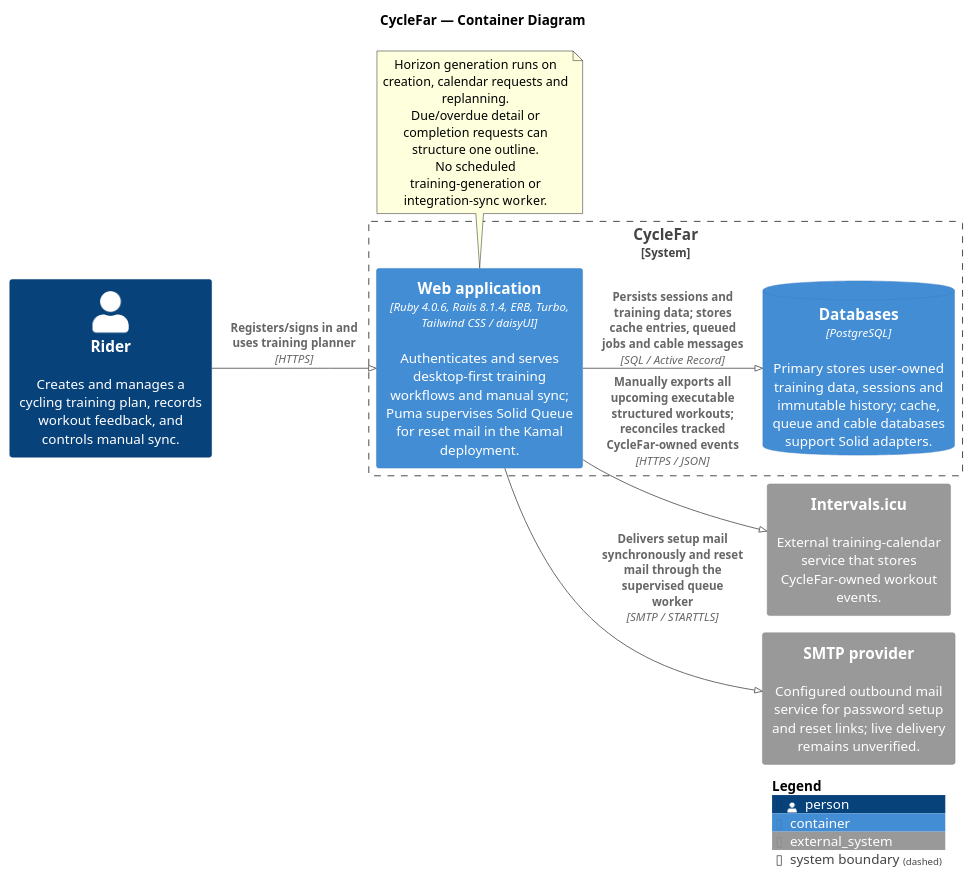
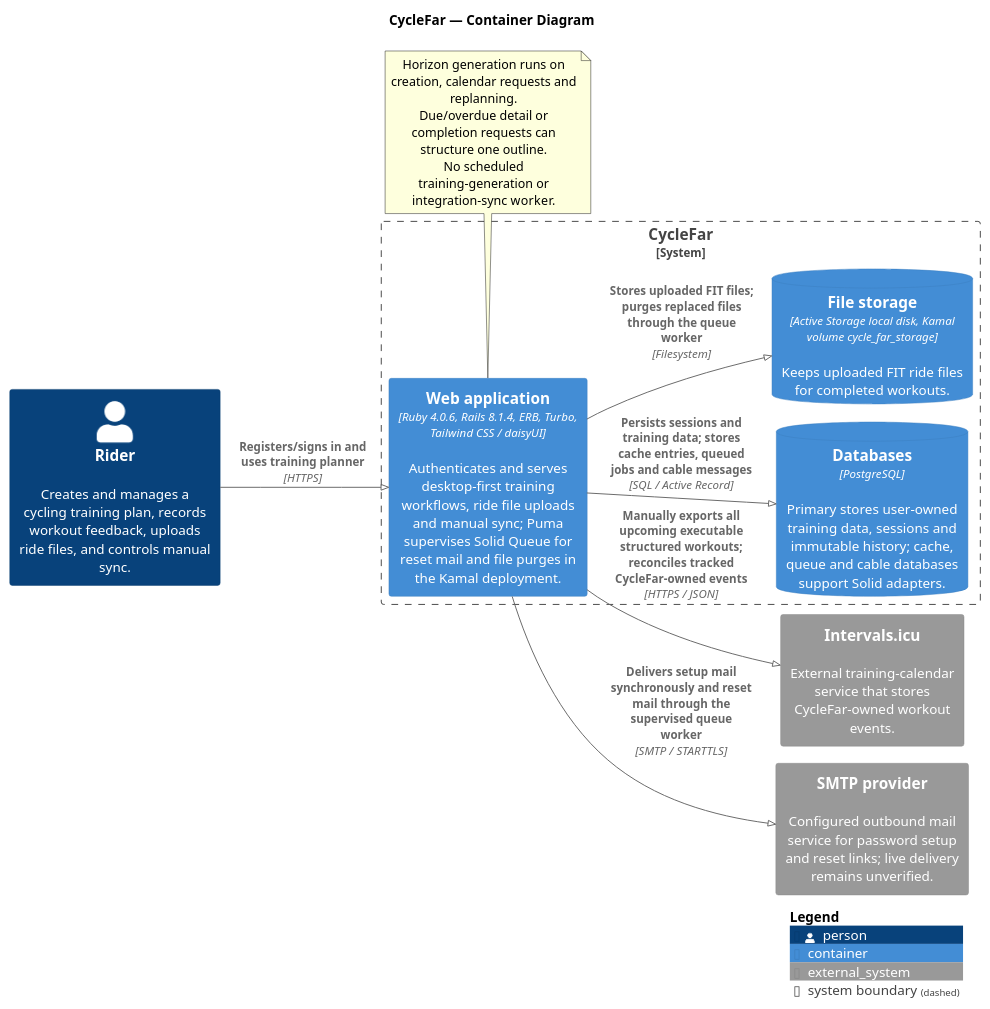
Before and after one commit to richardhartme/cyclefar: the diagram in docs/diagrams/container-cyclefar.puml, drawn with PlantUML. The commit also changed 12 other files, not shown here.

First line of the commit message:
Add ride file diagram and refresh docs for FBK-004

```diff
--- a/docs/diagrams/container-cyclefar.puml
+++ b/docs/diagrams/container-cyclefar.puml
@@ -1,32 +1,34 @@
 @startuml
 !pragma layout smetana
 ' Scope and limitations: README.md
 !include https://raw.githubusercontent.com/plantuml-stdlib/C4-PlantUML/master/C4_Container.puml
 
 title CycleFar — Container Diagram
 
 LAYOUT_LEFT_RIGHT()
 
-Person(rider, "Rider", "Creates and manages a cycling training plan, records workout feedback, and controls manual sync.")
+Person(rider, "Rider", "Creates and manages a cycling training plan, records workout feedback, uploads ride files, and controls manual sync.")
 
 System_Boundary(cyclefar_boundary, "CycleFar") {
-  Container(web_application, "Web application", "Ruby 4.0.6, Rails 8.1.4, ERB, Turbo, Tailwind CSS / daisyUI", "Authenticates and serves desktop-first training workflows and manual sync; Puma supervises Solid Queue for reset mail in the Kamal deployment.")
+  Container(web_application, "Web application", "Ruby 4.0.6, Rails 8.1.4, ERB, Turbo, Tailwind CSS / daisyUI", "Authenticates and serves desktop-first training workflows, ride file uploads and manual sync; Puma supervises Solid Queue for reset mail and file purges in the Kamal deployment.")
   ContainerDb(database, "Databases", "PostgreSQL", "Primary stores user-owned training data, sessions and immutable history; cache, queue and cable databases support Solid adapters.")
+  ContainerDb(file_storage, "File storage", "Active Storage local disk, Kamal volume cycle_far_storage", "Keeps uploaded FIT ride files for completed workouts.")
 }
 
 System_Ext(intervals_icu, "Intervals.icu", "External training-calendar service that stores CycleFar-owned workout events.")
 System_Ext(smtp, "SMTP provider", "Configured outbound mail service for password setup and reset links; live delivery remains unverified.")
 
 Rel(rider, web_application, "Registers/signs in and uses training planner", "HTTPS")
 Rel(web_application, database, "Persists sessions and training data; stores cache entries, queued jobs and cable messages", "SQL / Active Record")
+Rel(web_application, file_storage, "Stores uploaded FIT files; purges replaced files through the queue worker", "Filesystem")
 Rel(web_application, intervals_icu, "Manually exports all upcoming executable structured workouts; reconciles tracked CycleFar-owned events", "HTTPS / JSON")
 Rel(web_application, smtp, "Delivers setup mail synchronously and reset mail through the supervised queue worker", "SMTP / STARTTLS")
 
 note bottom of web_application
   Horizon generation runs on creation, calendar requests and replanning.
   Due/overdue detail or completion requests can structure one outline.
   No scheduled training-generation or integration-sync worker.
 end note
 
 SHOW_LEGEND()
 @enduml
```
